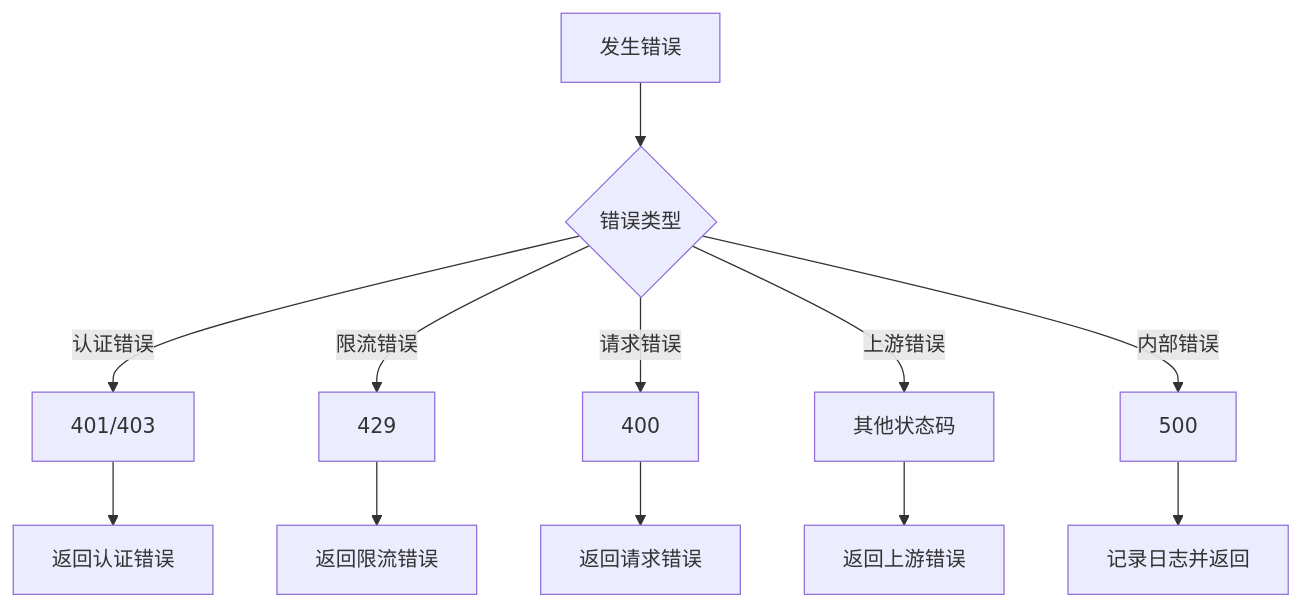
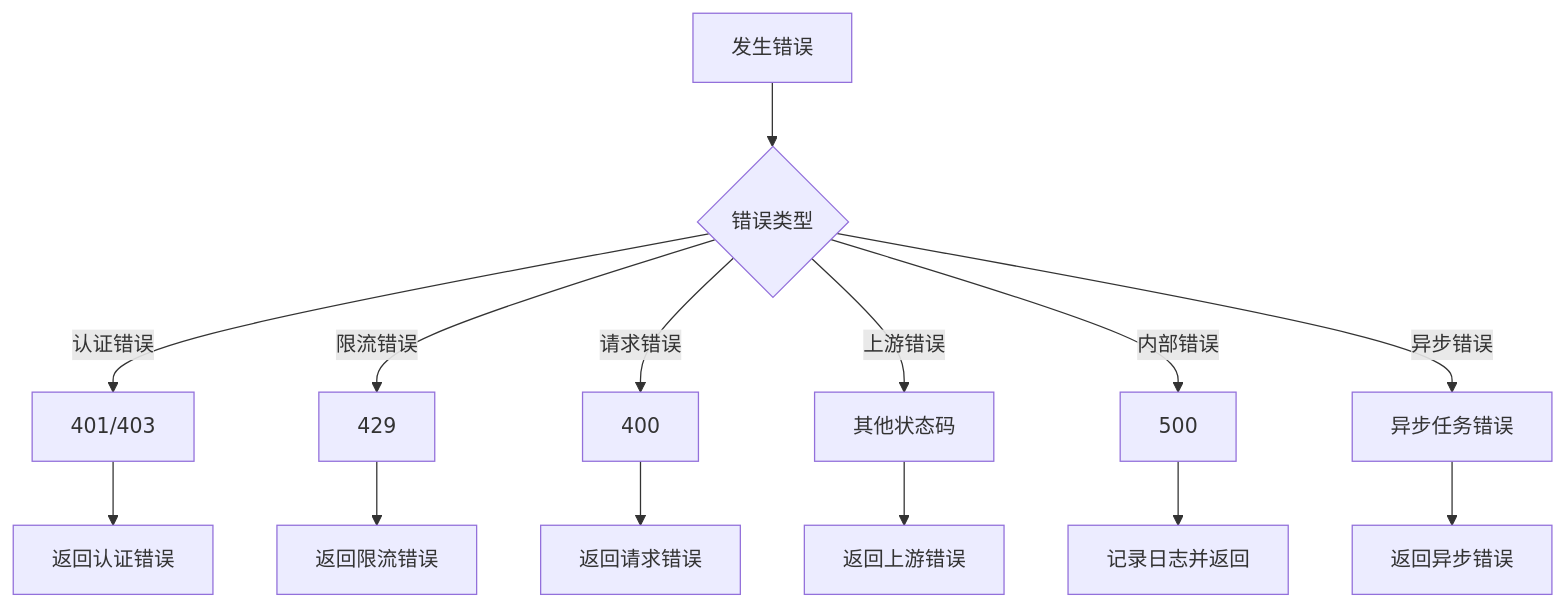
Diagram 14 of 14 in .qoder/repowiki/zh/content/AI聊天服务迁移指南.md (maomao94/zero-service), drawn with Mermaid before and after one commit. The commit also changed other lines of this file and 42 other files, not shown here.

````diff
--- a/.qoder/repowiki/zh/content/AI聊天服务迁移指南.md
+++ b/.qoder/repowiki/zh/content/AI聊天服务迁移指南.md
@@ -558,14 +764,16 @@
 ```mermaid
 flowchart TD
 Error[发生错误] --> CheckType{错误类型}
 CheckType --> |认证错误| AuthError[401/403]
 CheckType --> |限流错误| RateLimit[429]
 CheckType --> |请求错误| BadRequest[400]
 CheckType --> |上游错误| Upstream[其他状态码]
 CheckType --> |内部错误| Internal[500]
+CheckType --> |异步错误| AsyncError[异步任务错误]
 AuthError --> ReturnAuth[返回认证错误]
 RateLimit --> ReturnRate[返回限流错误]
 BadRequest --> ReturnBadReq[返回请求错误]
 Upstream --> ReturnUpstream[返回上游错误]
 Internal --> ReturnInternal[记录日志并返回]
+AsyncError --> ReturnAsyncErr[返回异步错误]
 ```
````
